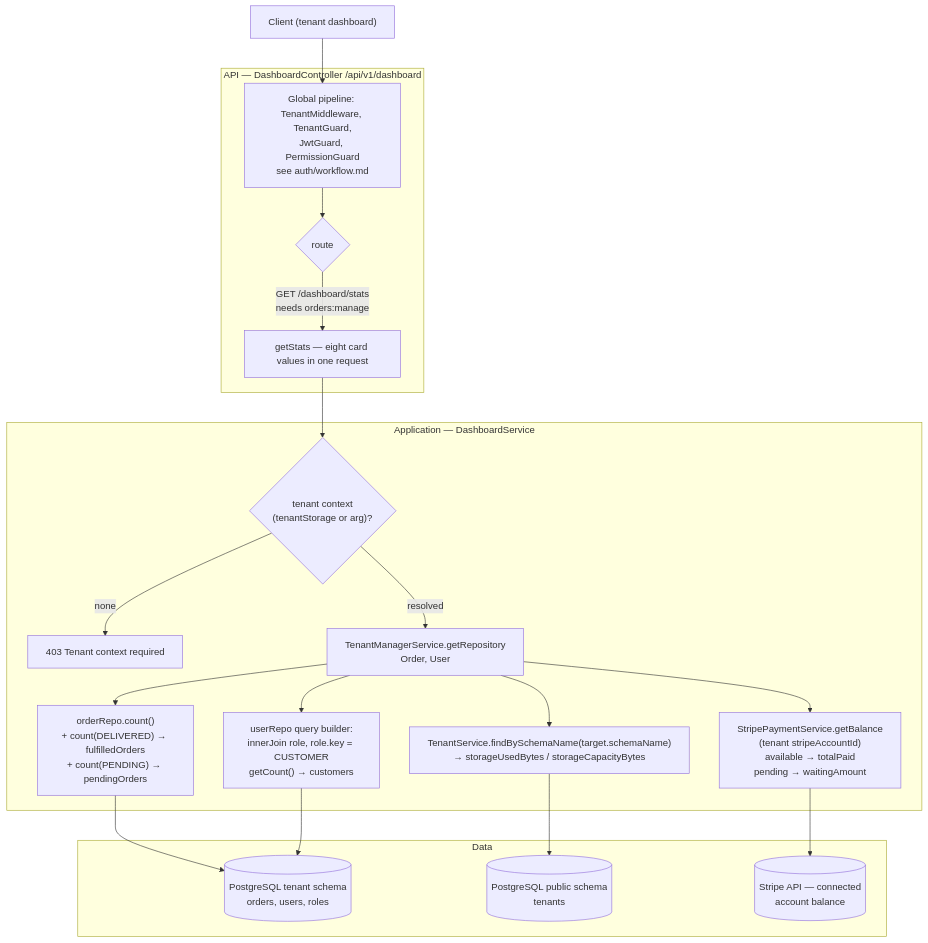
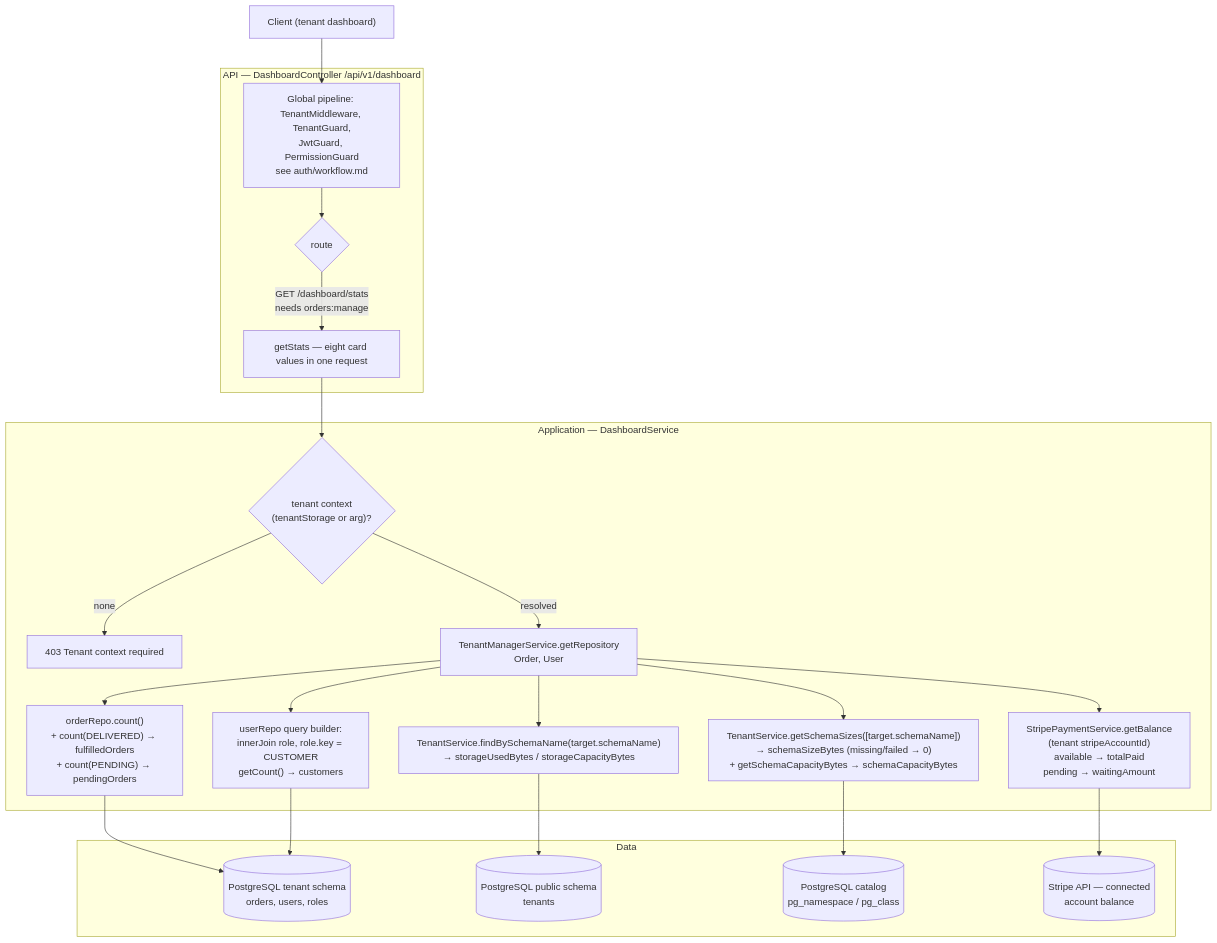
Before and after one commit to DevBassel/saas_commerce: the first of 2 diagrams in apps/api/src/modules/dashboard/workflow.md, drawn with Mermaid. The commit also changed other lines of this file and 158 other files, not shown here.

````diff
--- a/apps/api/src/modules/dashboard/workflow.md
+++ b/apps/api/src/modules/dashboard/workflow.md
@@ -1,26 +1,28 @@
 ```mermaid
 flowchart TD
     Client["Client (tenant dashboard)"] --> GUARDS["Global pipeline: TenantMiddleware, TenantGuard,<br/>JwtGuard, PermissionGuard<br/>see auth/workflow.md"]
 
     subgraph API["API — DashboardController /api/v1/dashboard"]
         GUARDS --> RO{"route"}
         RO -->|"GET /dashboard/stats<br/>needs orders:manage"| GS["getStats — eight card values in one request"]
     end
 
     subgraph APP["Application — DashboardService"]
         GS --> TRT{"tenant context<br/>(tenantStorage or arg)?"}
         TRT -->|"none"| TRTE["403 Tenant context required"]
         TRT -->|"resolved"| TM["TenantManagerService.getRepository<br/>Order, User"]
         TM --> CNT["orderRepo.count()<br/>+ count(DELIVERED) → fulfilledOrders<br/>+ count(PENDING) → pendingOrders"]
         TM --> CUS["userRepo query builder:<br/>innerJoin role, role.key = CUSTOMER<br/>getCount() → customers"]
         TM --> TEN["TenantService.findBySchemaName(target.schemaName)<br/>→ storageUsedBytes / storageCapacityBytes"]
+        TM --> SZ["TenantService.getSchemaSizes([target.schemaName])<br/>→ schemaSizeBytes (missing/failed → 0)<br/>+ getSchemaCapacityBytes → schemaCapacityBytes"]
         TM --> BAL["StripePaymentService.getBalance<br/>(tenant stripeAccountId)<br/>available → totalPaid<br/>pending → waitingAmount"]
     end
 
     subgraph DATA["Data"]
         CNT --> TDB[("PostgreSQL tenant schema<br/>orders, users, roles")]
         CUS --> TDB
         TEN --> PUB[("PostgreSQL public schema<br/>tenants")]
+        SZ --> PGC[("PostgreSQL catalog<br/>pg_namespace / pg_class")]
         BAL --> SA[("Stripe API — connected<br/>account balance")]
     end
 ```
````
